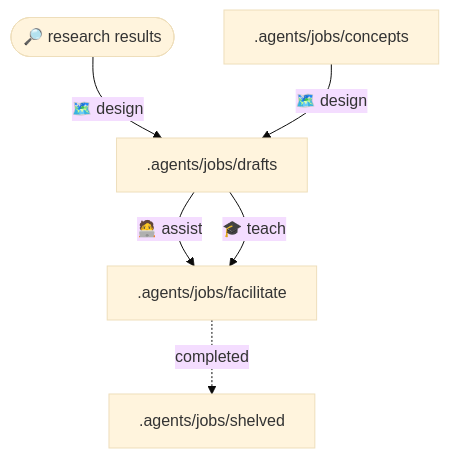
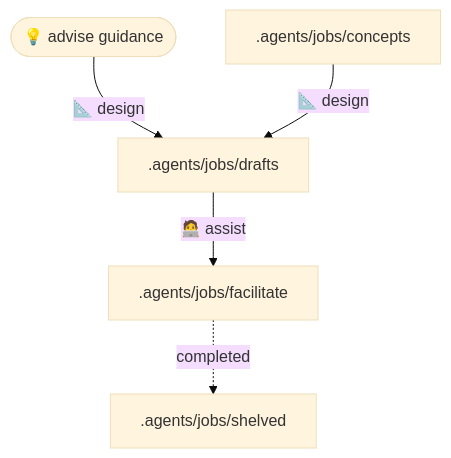
The second of 2 diagrams in src/data/readme/ahumandev--autocode.md (qunqin24/opendock), drawn with Mermaid (base theme) before and after one commit. The commit also changed other lines of this file and 152 other files, not shown here.

````diff
--- a/src/data/readme/ahumandev--autocode.md
+++ b/src/data/readme/ahumandev--autocode.md
@@ -112,8 +122,7 @@
 ```mermaid
 flowchart TD
-  Research([🔎 research results]) --🗺️ design--> Drafts[.agents/jobs/drafts]
-  Concepts[ .agents/jobs/concepts] --🗺️ design--> Drafts
+  Advise([💡 advise guidance]) --📐 design--> Drafts[.agents/jobs/drafts]
+  Concepts[ .agents/jobs/concepts] --📐 design--> Drafts
   Drafts --🧑‍💻 assist --> Facilitate[.agents/jobs/facilitate]
-  Drafts --🎓 teach --> Facilitate
   Facilitate -.completed.-> Shelved[.agents/jobs/shelved]
 ```
````
